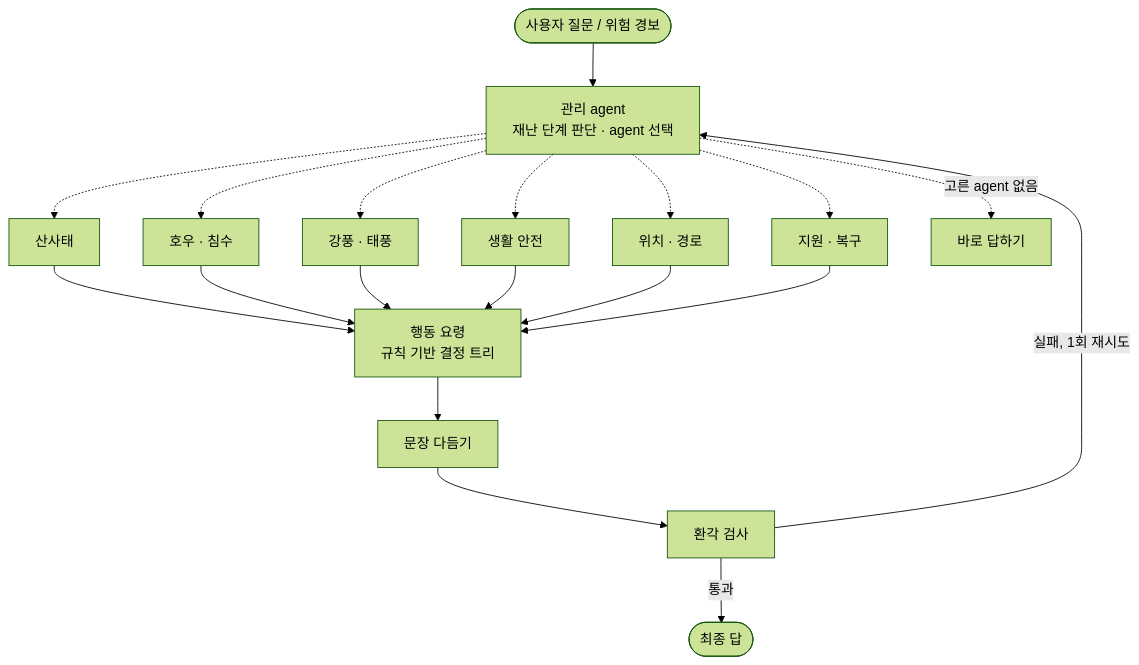
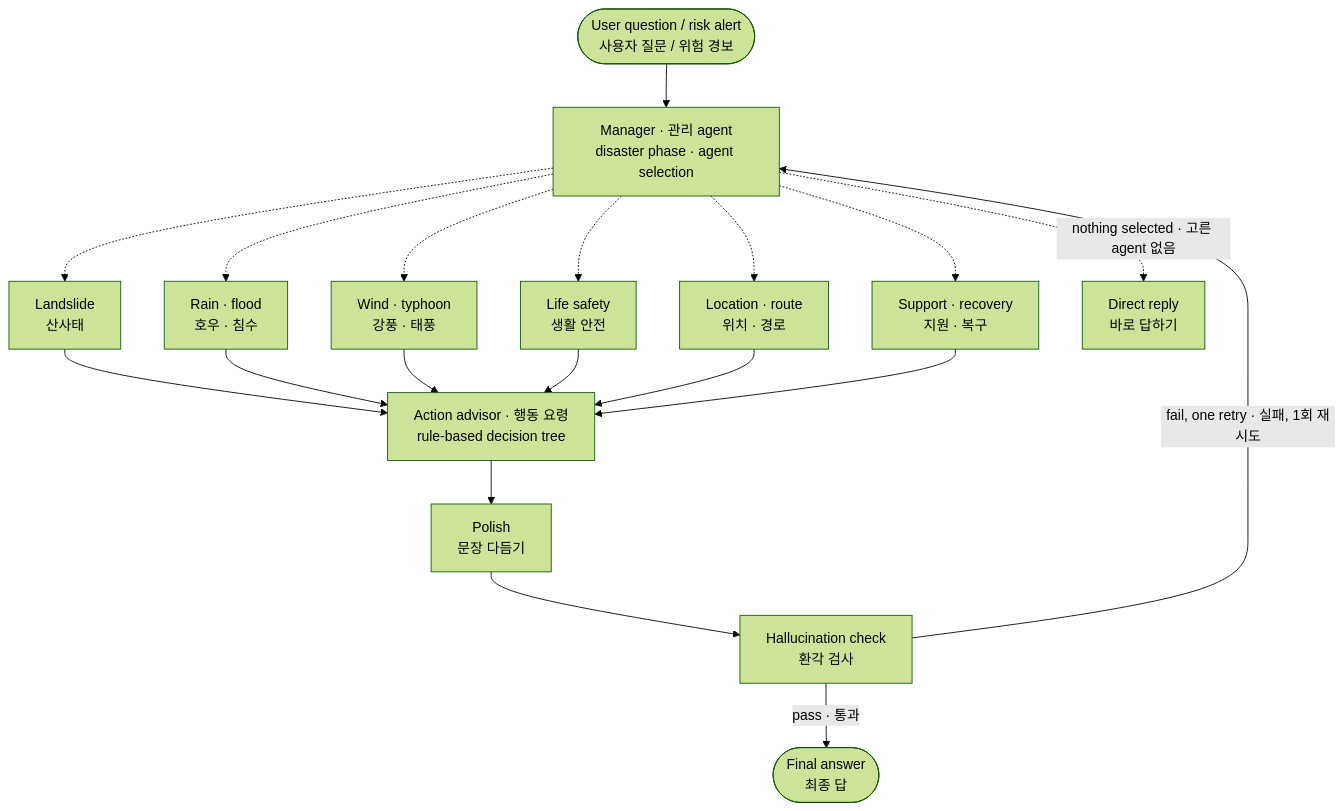
Before and after one commit to kimking73/guryongpo-safety-agent: the second of 2 diagrams in README.md, drawn with Mermaid (forest theme). The commit also changed other lines of this file and 3 other files, not shown here.

````diff
--- a/README.md
+++ b/README.md
@@ -62,10 +69,10 @@
 ```mermaid
 flowchart TD
-    Q([사용자 질문 / 위험 경보]) --> M[관리 agent<br/>재난 단계 판단 · agent 선택]
-    M -.-> L[산사태] & R[호우 · 침수] & W[강풍 · 태풍] & S[생활 안전] & P[위치 · 경로] & RS[지원 · 복구]
-    M -. 고른 agent 없음 .-> D[바로 답하기]
-    L & R & W & S & P & RS --> A[행동 요령<br/>규칙 기반 결정 트리]
-    A --> PO[문장 다듬기] --> H[환각 검사]
-    H -- 통과 --> OUT([최종 답])
-    H -- 실패, 1회 재시도 --> M
+    Q([User question / risk alert<br/>사용자 질문 / 위험 경보]) --> M[Manager · 관리 agent<br/>disaster phase · agent selection]
+    M -.-> L[Landslide<br/>산사태] & R[Rain · flood<br/>호우 · 침수] & W[Wind · typhoon<br/>강풍 · 태풍] & S[Life safety<br/>생활 안전] & P[Location · route<br/>위치 · 경로] & RS[Support · recovery<br/>지원 · 복구]
+    M -. nothing selected · 고른 agent 없음 .-> D[Direct reply<br/>바로 답하기]
+    L & R & W & S & P & RS --> A[Action advisor · 행동 요령<br/>rule-based decision tree]
+    A --> PO[Polish<br/>문장 다듬기] --> H[Hallucination check<br/>환각 검사]
+    H -- pass · 통과 --> OUT([Final answer<br/>최종 답])
+    H -- fail, one retry · 실패, 1회 재시도 --> M
 ```
````
